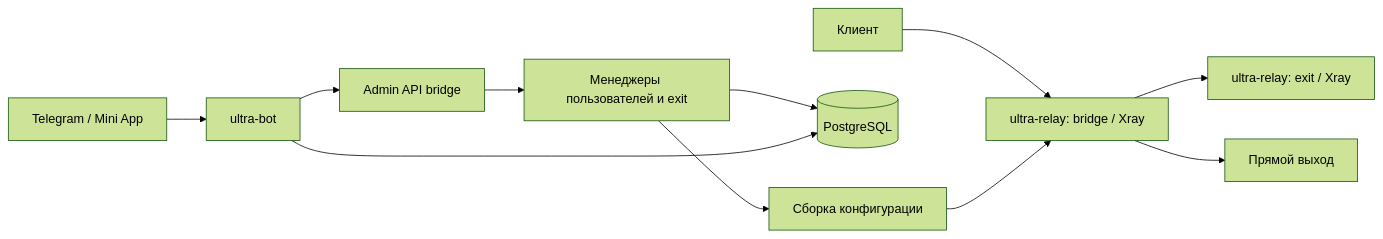
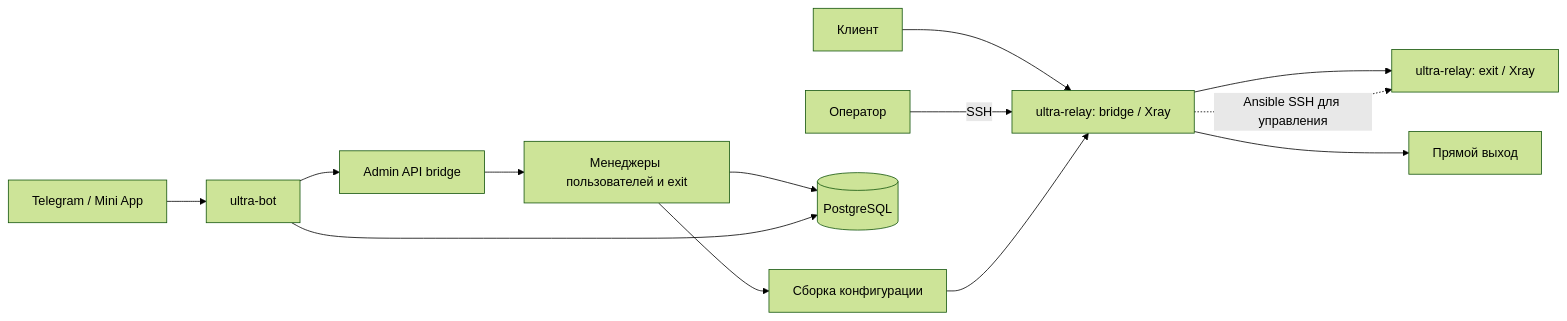
Before and after one commit to NikitaDmitryuk/ultra: the diagram in docs/architecture.md, drawn with Mermaid (forest theme). The commit also changed other lines of this file and 7 other files, not shown here.

````diff
--- a/docs/architecture.md
+++ b/docs/architecture.md
@@ -35,13 +46,15 @@
 ```mermaid
 flowchart LR
     Client[Клиент] --> Bridge[ultra-relay: bridge / Xray]
     Bridge --> Exit[ultra-relay: exit / Xray]
+    Operator[Оператор] -->|SSH| Bridge
+    Bridge -.->|Ansible SSH для управления| Exit
     Bridge --> Direct[Прямой выход]
     Telegram[Telegram / Mini App] --> Bot[ultra-bot]
     Bot --> API[Admin API bridge]
     API --> Managers[Менеджеры пользователей и exit]
     Managers --> DB[(PostgreSQL)]
     Managers --> Config[Сборка конфигурации]
     Config --> Bridge
     Bot --> DB
 ```
````
